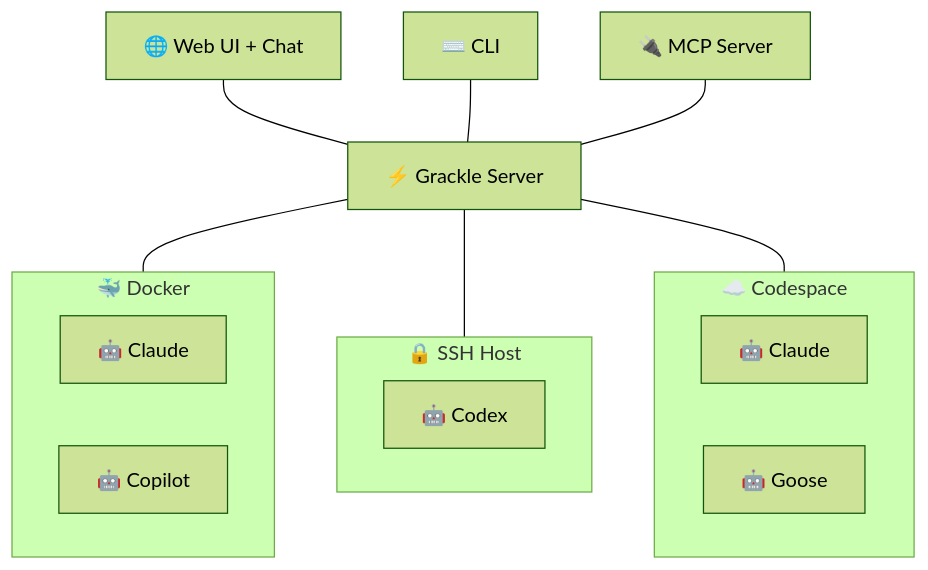
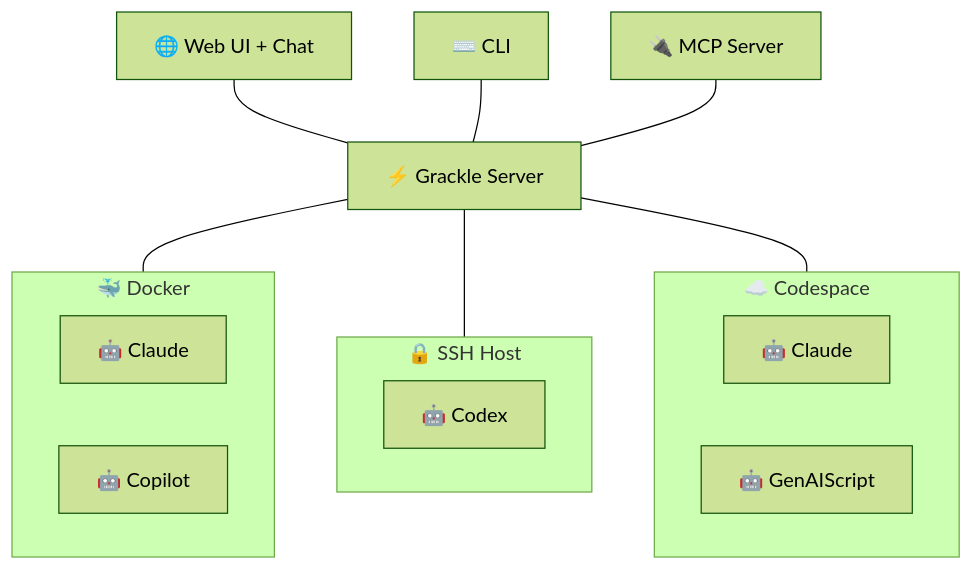
The diagram in apps/docs-site/docs/intro.md (nick-pape/grackle), drawn with Mermaid (forest theme) before and after one commit. The commit also changed other lines of this file and 50 other files, not shown here.

````diff
--- a/apps/docs-site/docs/intro.md
+++ b/apps/docs-site/docs/intro.md
@@ -36,21 +36,21 @@
 ```mermaid
 graph TD
     UI["🌐 Web UI + Chat"]
     CLI["⌨️ CLI"]
     MCP["🔌 MCP Server"]
     UI & CLI & MCP --- S["⚡ Grackle Server"]
 
     subgraph D1["🐳 Docker"]
         D1A["🤖 Claude"] & D1B["🤖 Copilot"]
     end
 
     subgraph SSH["🔒 SSH Host"]
         S1A["🤖 Codex"]
     end
 
     subgraph CS["☁️ Codespace"]
-        CS1A["🤖 Claude"] & CS1B["🤖 Goose"]
+        CS1A["🤖 Claude"] & CS1B["🤖 GenAIScript"]
     end
 
     S --- D1 & SSH & CS
 ```
````
